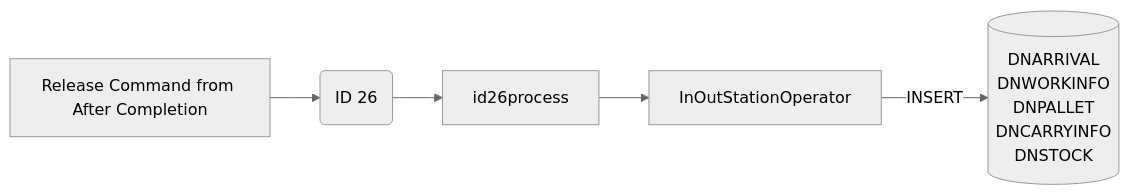
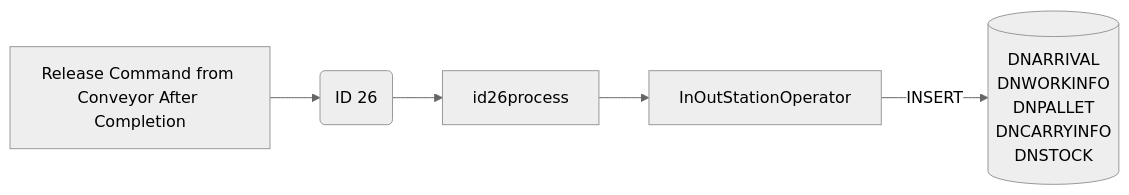
Before and after one commit to luthfiadityaa/SimeDarby-Wiki: the second of 8 diagrams in Basic-Design/DFD-WMS/Storage/Unplanned-Storage/Irregular-Cases-%2D-Unplanned.md, drawn with Mermaid (neutral theme).

Commit message:
Updated Irregular Cases - Unplanned

```diff
--- a/Basic-Design/DFD-WMS/Storage/Unplanned-Storage/Irregular-Cases-%2D-Unplanned.md
+++ b/Basic-Design/DFD-WMS/Storage/Unplanned-Storage/Irregular-Cases-%2D-Unplanned.md
@@ -34,24 +34,24 @@
 ::: mermaid
 flowchart LR
 
 releaseCommand["
-Release Command from After Completion 
+Release Command from Conveyor After Completion 
 "]
 
 id26msg("
 ID 26
 ")
 
 id26-insert[("
    DNARRIVAL
    DNWORKINFO
    DNPALLET
    DNCARRYINFO
    DNSTOCK		
 ")]
 
 storageStationOperator[InOutStationOperator]
 
 releaseCommand-->id26msg-->id26process-->storageStationOperator
 storageStationOperator--> |INSERT| id26-insert
 :::
```
